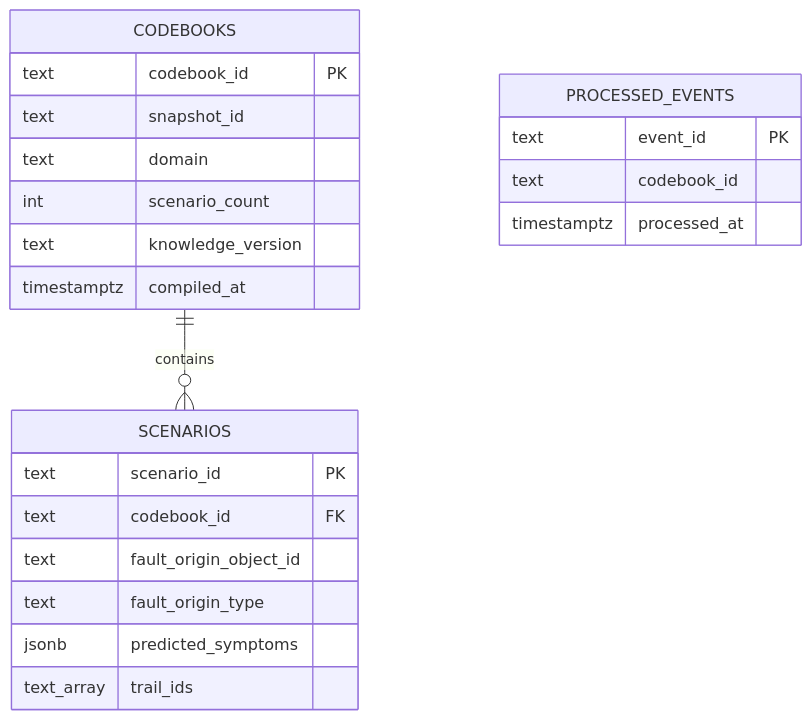
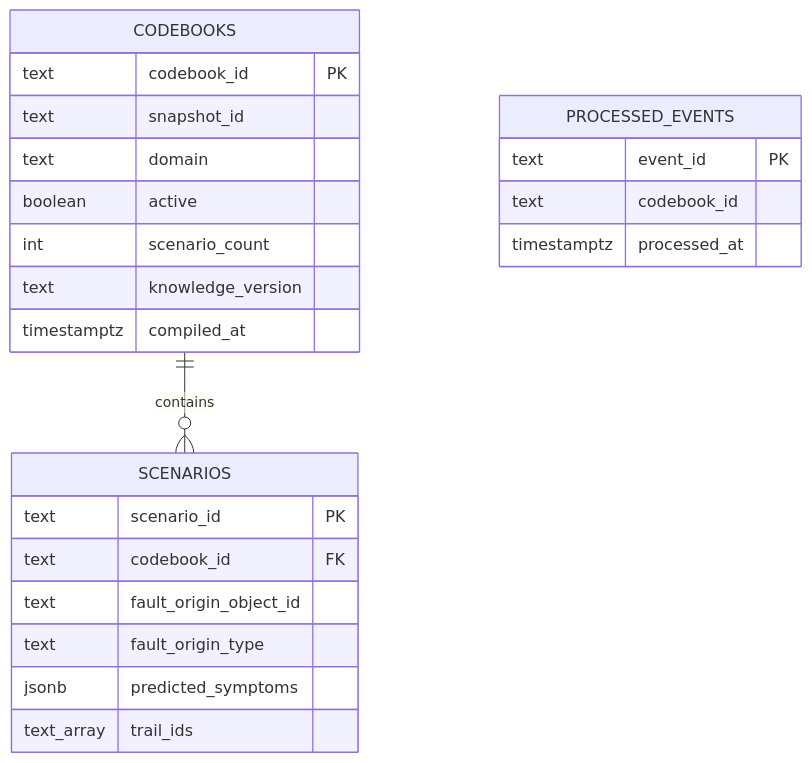
One commit to nikhilmohan/correlation-platform changed the second of 6 diagrams in services/codebook-generator/design.md. Above: the diagram before and after it, drawn with Mermaid. The commit also changed other lines of this file and 1 other file, not shown here.

````diff
--- a/services/codebook-generator/design.md
+++ b/services/codebook-generator/design.md
@@ -129,25 +152,26 @@
 ```mermaid
 erDiagram
   CODEBOOKS ||--o{ SCENARIOS : contains
   CODEBOOKS {
     text codebook_id PK
     text snapshot_id
     text domain
+    boolean active
     int scenario_count
     text knowledge_version
     timestamptz compiled_at
   }
   SCENARIOS {
     text scenario_id PK
     text codebook_id FK
     text fault_origin_object_id
     text fault_origin_type
     jsonb predicted_symptoms
     text_array trail_ids
   }
   PROCESSED_EVENTS {
     text event_id PK
     text codebook_id
     timestamptz processed_at
   }
 ```
````
